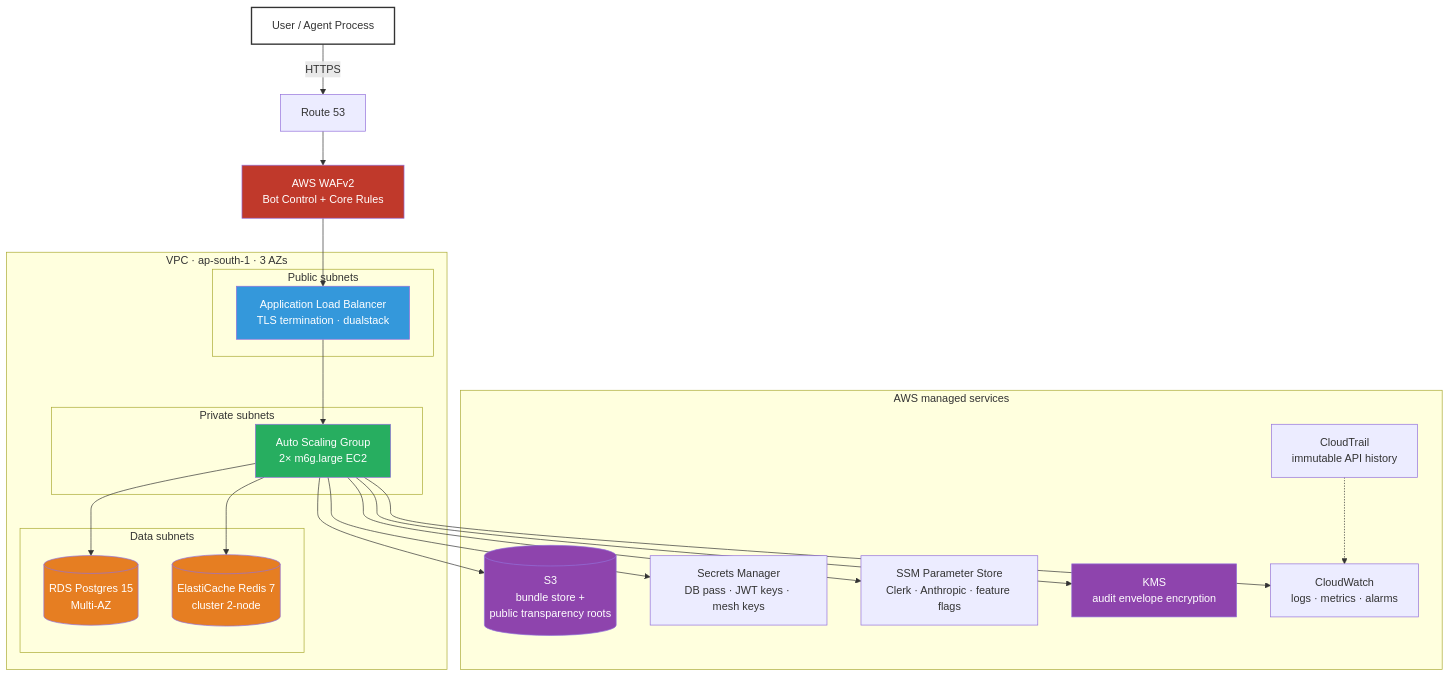
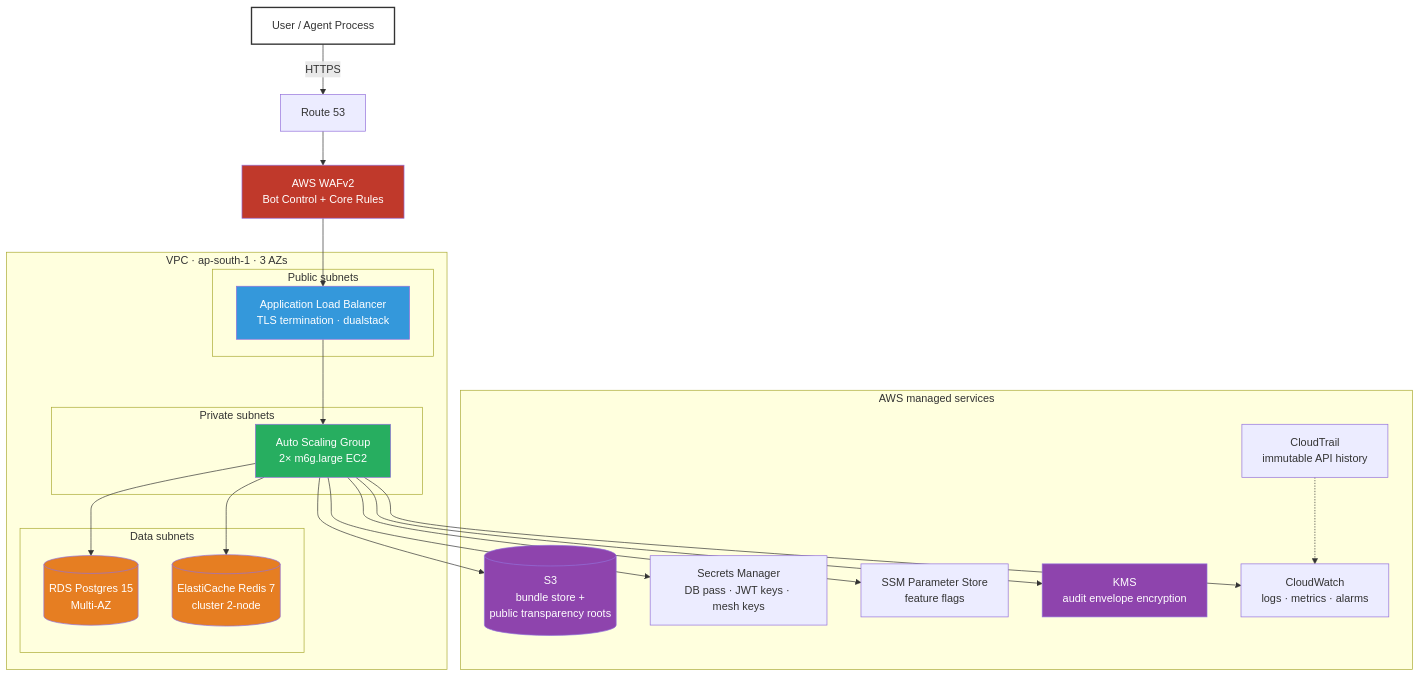
One commit to Abhi-mishra998/aegis changed the first of 3 diagrams in README.md. Above: the diagram before and after it, drawn with Mermaid. The commit also changed other lines of this file and 45 other files, not shown here.

````diff
--- a/README.md
+++ b/README.md
@@ -65,47 +87,47 @@
 ```mermaid
 flowchart TB
     user[User / Agent Process] -->|HTTPS| r53[Route 53]
     r53 --> waf[AWS WAFv2<br/>Bot Control + Core Rules]
     waf --> alb[Application Load Balancer<br/>TLS termination · dualstack]
 
     subgraph vpc [VPC · ap-south-1 · 3 AZs]
         subgraph public [Public subnets]
             alb
         end
         subgraph private [Private subnets]
             asg[Auto Scaling Group<br/>2× m6g.large EC2]
             alb --> asg
         end
         subgraph data [Data subnets]
             rds[(RDS Postgres 15<br/>Multi-AZ)]
             redis[(ElastiCache Redis 7<br/>cluster 2-node)]
         end
         asg --> rds
         asg --> redis
     end
 
     subgraph aws [AWS managed services]
         s3[(S3<br/>bundle store +<br/>public transparency roots)]
         sm[Secrets Manager<br/>DB pass · JWT keys · mesh keys]
-        ssm[SSM Parameter Store<br/>Clerk · Anthropic · feature flags]
+        ssm[SSM Parameter Store<br/>feature flags]
         kms[KMS<br/>audit envelope encryption]
         cw[CloudWatch<br/>logs · metrics · alarms]
         ct[CloudTrail<br/>immutable API history]
     end
 
     asg --> s3
     asg --> sm
     asg --> ssm
     asg --> kms
     asg --> cw
     ct -.-> cw
 
     style user fill:#fff,stroke:#333,stroke-width:2px
     style waf fill:#c0392b,color:#fff
     style alb fill:#3498db,color:#fff
     style asg fill:#27ae60,color:#fff
     style rds fill:#e67e22,color:#fff
     style redis fill:#e67e22,color:#fff
     style s3 fill:#8e44ad,color:#fff
     style kms fill:#8e44ad,color:#fff
 ```
````
